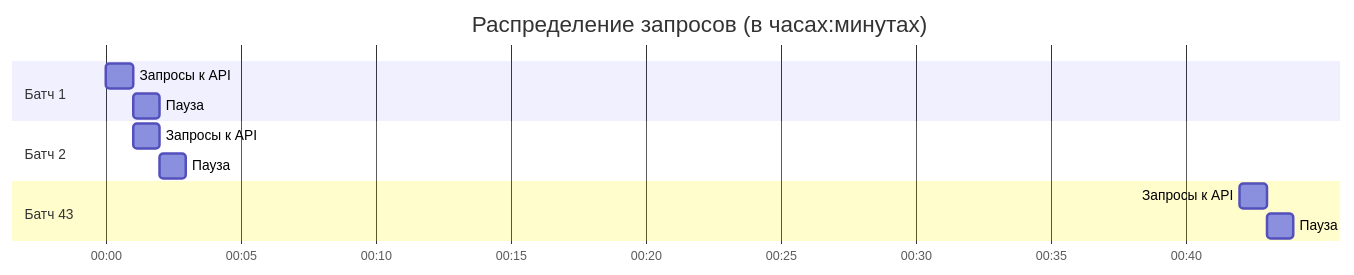
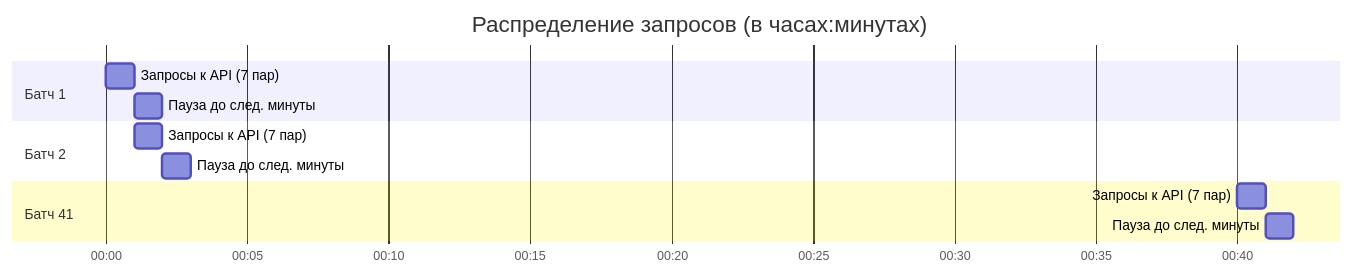
Before and after one commit to prog815/abscur3: the second of 2 diagrams in scripts/daily_update/README.md, drawn with Mermaid. The commit also changed other lines of this file, not shown here.

````diff
--- a/scripts/daily_update/README.md
+++ b/scripts/daily_update/README.md
@@ -77,18 +121,18 @@
 ```mermaid
 gantt
     title Распределение запросов (в часах:минутах)
     dateFormat  HH:mm
     axisFormat %H:%M
     
     section Батч 1
-    Запросы к API : 00:00, 1m
-    Пауза : 00:01, 59s
+    Запросы к API (7 пар) : 00:00, 1m
+    Пауза до след. минуты : 00:01, 59s
     
     section Батч 2
-    Запросы к API : 00:01, 1m
-    Пауза : 00:02, 59s
+    Запросы к API (7 пар) : 00:01, 1m
+    Пауза до след. минуты : 00:02, 59s
     
-    section Батч 43
-    Запросы к API : 00:42, 1m
-    Пауза : 00:43, 59s
+    section Батч 41
+    Запросы к API (7 пар) : 00:40, 1m
+    Пауза до след. минуты : 00:41, 59s
 ```
````
